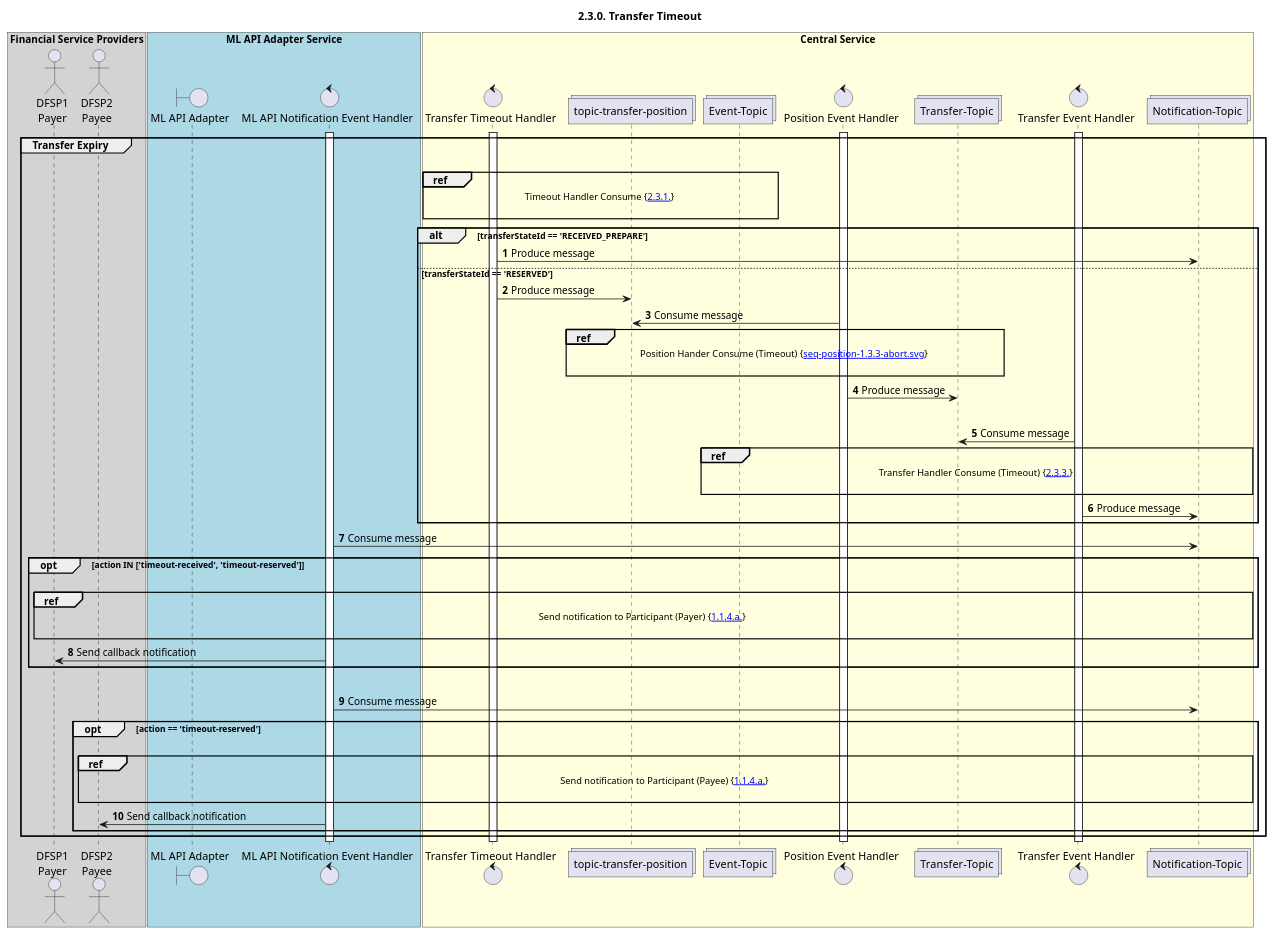
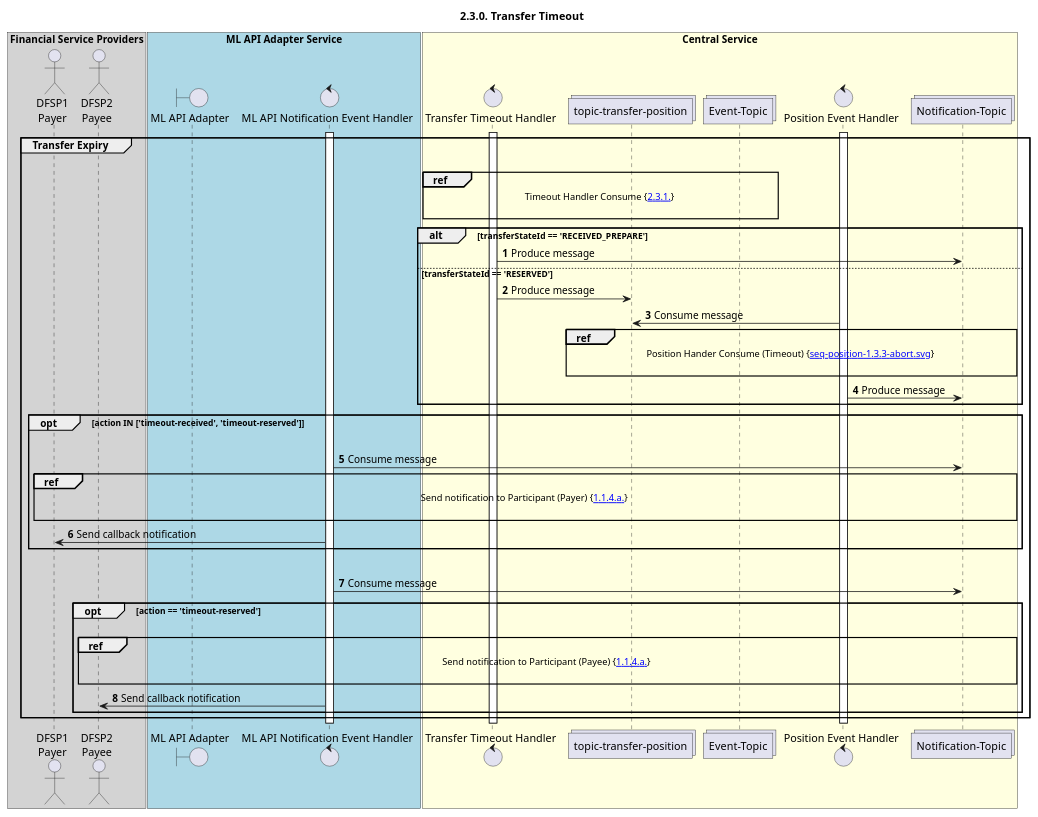
The diagram in Diagrams/SequenceDiagrams/seq-timeout-2.3.0.plantuml (ggrg/docs), drawn with PlantUML before and after one commit. The commit also changed 91 other files, not shown here.

```diff
--- a/Diagrams/SequenceDiagrams/seq-timeout-2.3.0.plantuml
+++ b/Diagrams/SequenceDiagrams/seq-timeout-2.3.0.plantuml
@@ -25,85 +25,75 @@
 @startuml
 ' declate title
 title 2.3.0. Transfer Timeout
 
 autonumber
 
 ' Actor Keys:
 '   boundary - APIs/Interfaces, etc
 '   collections - Kafka Topics
 '   control - Kafka Consumers
 '   entity - Database Access Objects
 '   database - Database Persistance Store
 
 ' declare actors
 actor "DFSP1\nPayer" as DFSP1
 actor "DFSP2\nPayee" as DFSP2
 boundary "ML API Adapter" as MLAPI
 control "ML API Notification Event Handler" as NOTIFY_HANDLER
 control "Transfer Timeout Handler" as EXP_HANDLER
 collections "topic-transfer-position" as TOPIC_TRANSFER_POSITION
 control "Position Event Handler" as POS_HANDLER
-collections "Transfer-Topic" as TOPIC_TRANSFERS
-control "Transfer Event Handler" as TRANS_HANDLER
 collections "Notification-Topic" as TOPIC_NOTIFICATIONS
 collections "Event-Topic" as TOPIC_EVENT
 
 box "Financial Service Providers" #lightGray
 	participant DFSP1
 	participant DFSP2
 end box
 
 box "ML API Adapter Service" #LightBlue
 	participant MLAPI
 	participant NOTIFY_HANDLER
 end box
 
 box "Central Service" #LightYellow
     participant EXP_HANDLER
     participant TOPIC_TRANSFER_POSITION
     participant TOPIC_EVENT
     participant POS_HANDLER
-    participant TOPIC_TRANSFERS
-    participant TRANS_HANDLER
     participant TOPIC_NOTIFICATIONS
 end box
 
 ' start flow
 activate NOTIFY_HANDLER
 activate EXP_HANDLER
 activate POS_HANDLER
-activate TRANS_HANDLER
 group Transfer Expiry
     |||
     ref over EXP_HANDLER, TOPIC_EVENT :  Timeout Handler Consume {[[https://github.com/mojaloop/docs/blob/master/CentralServices/seq_diagrams/seq-timeout-2.3.1.svg 2.3.1.]]} \n
     alt transferStateId == 'RECEIVED_PREPARE'
         EXP_HANDLER -> TOPIC_NOTIFICATIONS: Produce message
     else transferStateId == 'RESERVED'
         EXP_HANDLER -> TOPIC_TRANSFER_POSITION: Produce message
         TOPIC_TRANSFER_POSITION <- POS_HANDLER: Consume message
-        ref over TOPIC_TRANSFER_POSITION, TOPIC_TRANSFERS :  Position Hander Consume (Timeout) {[[https://github.com/mojaloop/docs/blob/master/CentralServices/seq_diagrams/seq-position-1.3.3-abort.svg seq-position-1.3.3-abort.svg]]} \n
-        POS_HANDLER -> TOPIC_TRANSFERS: Produce message
-        |||
-        TOPIC_TRANSFERS <- TRANS_HANDLER: Consume message
-        ref over TOPIC_EVENT, TOPIC_NOTIFICATIONS : Transfer Handler Consume (Timeout) {[[https://github.com/mojaloop/docs/blob/master/CentralServices/seq_diagrams/seq-timeout-2.3.3.svg 2.3.3.]]} \n
-        TRANS_HANDLER -> TOPIC_NOTIFICATIONS: Produce message
+        ref over TOPIC_TRANSFER_POSITION, TOPIC_NOTIFICATIONS :  Position Hander Consume (Timeout) {[[https://github.com/mojaloop/docs/blob/master/CentralServices/seq_diagrams/seq-position-1.3.3-abort.svg seq-position-1.3.3-abort.svg]]} \n
+        POS_HANDLER -> TOPIC_NOTIFICATIONS: Produce message
     end
-    TOPIC_NOTIFICATIONS <- NOTIFY_HANDLER: Consume message
     opt action IN ['timeout-received', 'timeout-reserved']
         |||
+        TOPIC_NOTIFICATIONS <- NOTIFY_HANDLER: Consume message
         ref over DFSP1, TOPIC_NOTIFICATIONS : Send notification to Participant (Payer) {[[https://github.com/mojaloop/docs/blob/master/CentralServices/seq_diagrams/seq-prepare-1.1.4.a.svg 1.1.4.a.]]} \n
         NOTIFY_HANDLER -> DFSP1: Send callback notification
     end
     |||
     TOPIC_NOTIFICATIONS <- NOTIFY_HANDLER: Consume message
     opt action == 'timeout-reserved'
         |||
         ref over DFSP2, TOPIC_NOTIFICATIONS : Send notification to Participant (Payee) {[[https://github.com/mojaloop/docs/blob/master/CentralServices/seq_diagrams/seq-prepare-1.1.4.a.svg 1.1.4.a.]]} \n
         NOTIFY_HANDLER -> DFSP2: Send callback notification
     end
 end
-deactivate TRANS_HANDLER
 deactivate POS_HANDLER
 deactivate EXP_HANDLER
 deactivate NOTIFY_HANDLER
 @enduml
```
